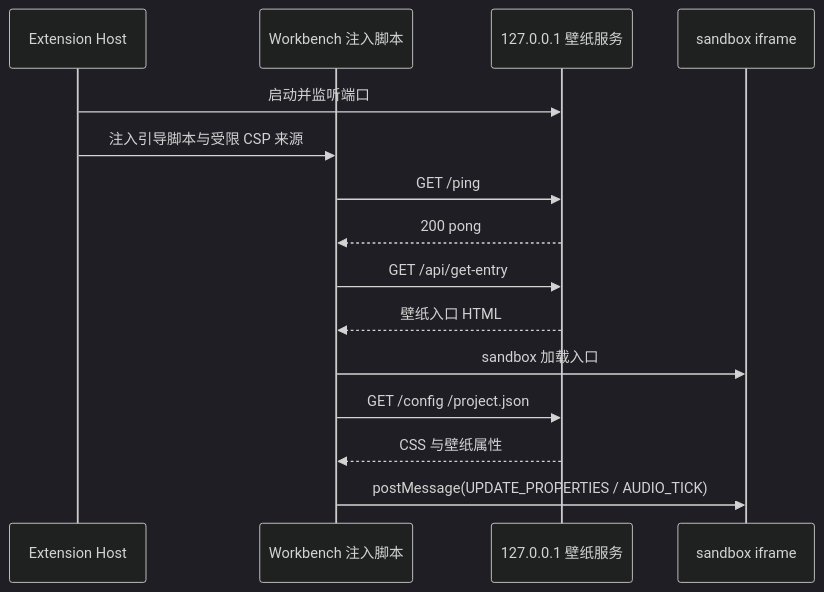
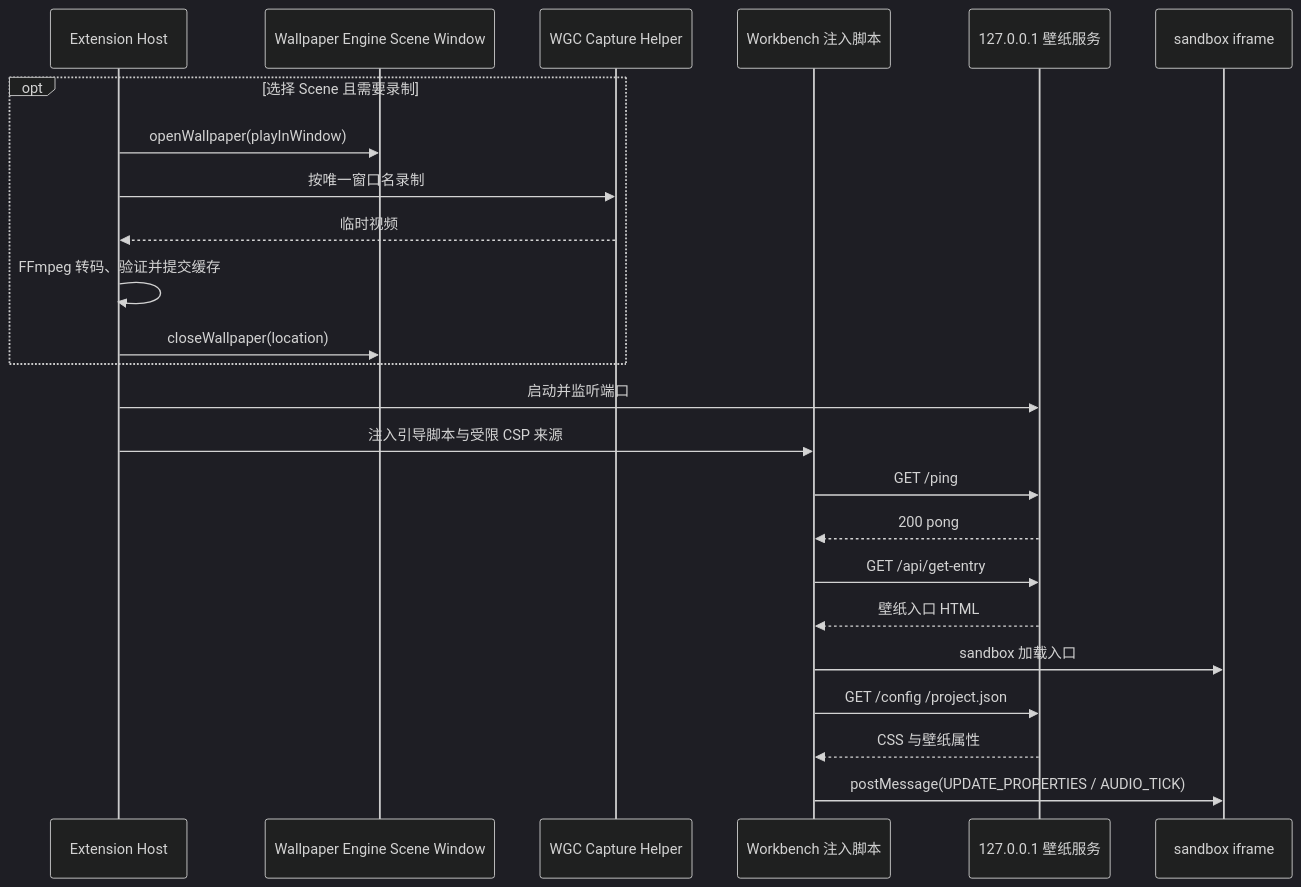
The diagram in docs/COMMUNICATION.md (Epslion404/vscode-wallpaper-engine), drawn with Mermaid (dark theme) before and after one commit. The commit also changed other lines of this file and 31 other files, not shown here.

````diff
--- a/docs/COMMUNICATION.md
+++ b/docs/COMMUNICATION.md
@@ -85,18 +89,27 @@
 ```mermaid
 sequenceDiagram
     participant Ext as Extension Host
+    participant WE as Wallpaper Engine Scene Window
+    participant Cap as WGC Capture Helper
     participant WB as Workbench 注入脚本
     participant S as 127.0.0.1 壁纸服务
     participant IF as sandbox iframe
 
+    opt 选择 Scene 且需要录制
+        Ext->>WE: openWallpaper(playInWindow)
+        Ext->>Cap: 按唯一窗口名录制
+        Cap-->>Ext: 临时视频
+        Ext->>Ext: FFmpeg 转码、验证并提交缓存
+        Ext->>WE: closeWallpaper(location)
+    end
     Ext->>S: 启动并监听端口
     Ext->>WB: 注入引导脚本与受限 CSP 来源
     WB->>S: GET /ping
     S-->>WB: 200 pong
     WB->>S: GET /api/get-entry
     S-->>WB: 壁纸入口 HTML
     WB->>IF: sandbox 加载入口
     WB->>S: GET /config /project.json
     S-->>WB: CSS 与壁纸属性
     WB->>IF: postMessage(UPDATE_PROPERTIES / AUDIO_TICK)
 ```
````
